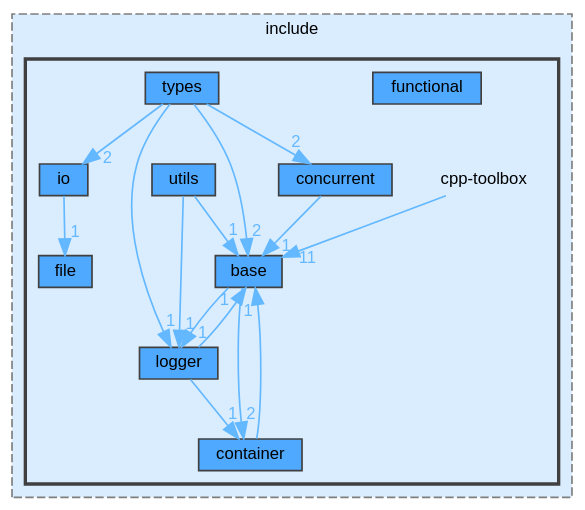
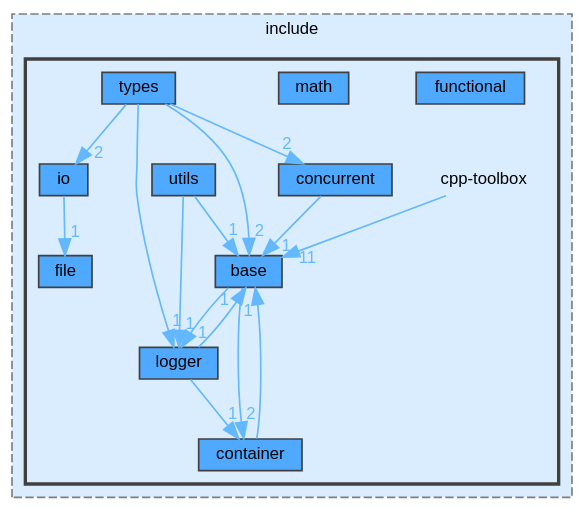
One commit to nerdneilsfield/cpp-toolbox changed the diagram in dir_09c6140c2956544491238e129f11fd9f_dep.dot. Above: the diagram before and after it, drawn with Graphviz. The commit also changed 32 other files, not shown here.

```diff
--- a/dir_09c6140c2956544491238e129f11fd9f_dep.dot
+++ b/dir_09c6140c2956544491238e129f11fd9f_dep.dot
@@ -1,38 +1,39 @@
 digraph "src/include/cpp-toolbox"
 {
  // LATEX_PDF_SIZE
   bgcolor="transparent";
   edge [fontname=Helvetica,fontsize=10,labelfontname=Helvetica,labelfontsize=10];
   node [fontname=Helvetica,fontsize=10,shape=box,height=0.2,width=0.4];
   compound=true
   subgraph clusterdir_b0856f6b0d80ccb263b2f415c91f9e17 {
     graph [ bgcolor="#daedff", pencolor="grey50", label="include", fontname=Helvetica,fontsize=10 style="filled,dashed", URL="dir_b0856f6b0d80ccb263b2f415c91f9e17.html",tooltip=""]
   subgraph clusterdir_09c6140c2956544491238e129f11fd9f {
     graph [ bgcolor="#daedff", pencolor="grey25", label="", fontname=Helvetica,fontsize=10 style="filled,bold", URL="dir_09c6140c2956544491238e129f11fd9f.html",tooltip=""]
     dir_09c6140c2956544491238e129f11fd9f [shape=plaintext, label="cpp-toolbox"];
   dir_175064ea02679cf4c3a50b5407502295 [label="base", fillcolor="#4ea9ff", color="grey25", style="filled", URL="dir_175064ea02679cf4c3a50b5407502295.html",tooltip=""];
   dir_53097c1fb4416aacf03fa23589a54650 [label="concurrent", fillcolor="#4ea9ff", color="grey25", style="filled", URL="dir_53097c1fb4416aacf03fa23589a54650.html",tooltip=""];
   dir_5e35b7373085dba8dab58644e4548795 [label="container", fillcolor="#4ea9ff", color="grey25", style="filled", URL="dir_5e35b7373085dba8dab58644e4548795.html",tooltip=""];
   dir_b5aa90370c16f0962bf4137c01c04103 [label="file", fillcolor="#4ea9ff", color="grey25", style="filled", URL="dir_b5aa90370c16f0962bf4137c01c04103.html",tooltip=""];
   dir_42d4fada0fd69cb4cfebc8e2df038324 [label="functional", fillcolor="#4ea9ff", color="grey25", style="filled", URL="dir_42d4fada0fd69cb4cfebc8e2df038324.html",tooltip=""];
   dir_0525589dda1abc1cfa65fd0da343267e [label="io", fillcolor="#4ea9ff", color="grey25", style="filled", URL="dir_0525589dda1abc1cfa65fd0da343267e.html",tooltip=""];
   dir_40d9b6a4c321e73b85093107dc465522 [label="logger", fillcolor="#4ea9ff", color="grey25", style="filled", URL="dir_40d9b6a4c321e73b85093107dc465522.html",tooltip=""];
+  dir_456e3efa1700f2e372aa6b9f2b6f70ca [label="math", fillcolor="#4ea9ff", color="grey25", style="filled", URL="dir_456e3efa1700f2e372aa6b9f2b6f70ca.html",tooltip=""];
   dir_d073c017754f5bdb7e8e1de8ad13b99a [label="types", fillcolor="#4ea9ff", color="grey25", style="filled", URL="dir_d073c017754f5bdb7e8e1de8ad13b99a.html",tooltip=""];
   dir_f67a023f401e335084376ee616e38b67 [label="utils", fillcolor="#4ea9ff", color="grey25", style="filled", URL="dir_f67a023f401e335084376ee616e38b67.html",tooltip=""];
   }
   }
   dir_09c6140c2956544491238e129f11fd9f->dir_175064ea02679cf4c3a50b5407502295 [headlabel="11", labeldistance=1.5 headhref="dir_000003_000000.html" href="dir_000003_000000.html" color="steelblue1" fontcolor="steelblue1"];
   dir_175064ea02679cf4c3a50b5407502295->dir_40d9b6a4c321e73b85093107dc465522 [headlabel="1", labeldistance=1.5 headhref="dir_000000_000014.html" href="dir_000000_000014.html" color="steelblue1" fontcolor="steelblue1"];
   dir_175064ea02679cf4c3a50b5407502295->dir_5e35b7373085dba8dab58644e4548795 [headlabel="2", labeldistance=1.5 headhref="dir_000000_000002.html" href="dir_000000_000002.html" color="steelblue1" fontcolor="steelblue1"];
   dir_53097c1fb4416aacf03fa23589a54650->dir_175064ea02679cf4c3a50b5407502295 [headlabel="1", labeldistance=1.5 headhref="dir_000001_000000.html" href="dir_000001_000000.html" color="steelblue1" fontcolor="steelblue1"];
   dir_5e35b7373085dba8dab58644e4548795->dir_175064ea02679cf4c3a50b5407502295 [headlabel="1", labeldistance=1.5 headhref="dir_000002_000000.html" href="dir_000002_000000.html" color="steelblue1" fontcolor="steelblue1"];
   dir_0525589dda1abc1cfa65fd0da343267e->dir_b5aa90370c16f0962bf4137c01c04103 [headlabel="1", labeldistance=1.5 headhref="dir_000013_000006.html" href="dir_000013_000006.html" color="steelblue1" fontcolor="steelblue1"];
   dir_40d9b6a4c321e73b85093107dc465522->dir_175064ea02679cf4c3a50b5407502295 [headlabel="1", labeldistance=1.5 headhref="dir_000014_000000.html" href="dir_000014_000000.html" color="steelblue1" fontcolor="steelblue1"];
   dir_40d9b6a4c321e73b85093107dc465522->dir_5e35b7373085dba8dab58644e4548795 [headlabel="1", labeldistance=1.5 headhref="dir_000014_000002.html" href="dir_000014_000002.html" color="steelblue1" fontcolor="steelblue1"];
-  dir_d073c017754f5bdb7e8e1de8ad13b99a->dir_0525589dda1abc1cfa65fd0da343267e [headlabel="2", labeldistance=1.5 headhref="dir_000018_000013.html" href="dir_000018_000013.html" color="steelblue1" fontcolor="steelblue1"];
-  dir_d073c017754f5bdb7e8e1de8ad13b99a->dir_175064ea02679cf4c3a50b5407502295 [headlabel="2", labeldistance=1.5 headhref="dir_000018_000000.html" href="dir_000018_000000.html" color="steelblue1" fontcolor="steelblue1"];
-  dir_d073c017754f5bdb7e8e1de8ad13b99a->dir_40d9b6a4c321e73b85093107dc465522 [headlabel="1", labeldistance=1.5 headhref="dir_000018_000014.html" href="dir_000018_000014.html" color="steelblue1" fontcolor="steelblue1"];
-  dir_d073c017754f5bdb7e8e1de8ad13b99a->dir_53097c1fb4416aacf03fa23589a54650 [headlabel="2", labeldistance=1.5 headhref="dir_000018_000001.html" href="dir_000018_000001.html" color="steelblue1" fontcolor="steelblue1"];
-  dir_f67a023f401e335084376ee616e38b67->dir_175064ea02679cf4c3a50b5407502295 [headlabel="1", labeldistance=1.5 headhref="dir_000019_000000.html" href="dir_000019_000000.html" color="steelblue1" fontcolor="steelblue1"];
-  dir_f67a023f401e335084376ee616e38b67->dir_40d9b6a4c321e73b85093107dc465522 [headlabel="1", labeldistance=1.5 headhref="dir_000019_000014.html" href="dir_000019_000014.html" color="steelblue1" fontcolor="steelblue1"];
+  dir_d073c017754f5bdb7e8e1de8ad13b99a->dir_0525589dda1abc1cfa65fd0da343267e [headlabel="2", labeldistance=1.5 headhref="dir_000019_000013.html" href="dir_000019_000013.html" color="steelblue1" fontcolor="steelblue1"];
+  dir_d073c017754f5bdb7e8e1de8ad13b99a->dir_175064ea02679cf4c3a50b5407502295 [headlabel="2", labeldistance=1.5 headhref="dir_000019_000000.html" href="dir_000019_000000.html" color="steelblue1" fontcolor="steelblue1"];
+  dir_d073c017754f5bdb7e8e1de8ad13b99a->dir_40d9b6a4c321e73b85093107dc465522 [headlabel="1", labeldistance=1.5 headhref="dir_000019_000014.html" href="dir_000019_000014.html" color="steelblue1" fontcolor="steelblue1"];
+  dir_d073c017754f5bdb7e8e1de8ad13b99a->dir_53097c1fb4416aacf03fa23589a54650 [headlabel="2", labeldistance=1.5 headhref="dir_000019_000001.html" href="dir_000019_000001.html" color="steelblue1" fontcolor="steelblue1"];
+  dir_f67a023f401e335084376ee616e38b67->dir_175064ea02679cf4c3a50b5407502295 [headlabel="1", labeldistance=1.5 headhref="dir_000020_000000.html" href="dir_000020_000000.html" color="steelblue1" fontcolor="steelblue1"];
+  dir_f67a023f401e335084376ee616e38b67->dir_40d9b6a4c321e73b85093107dc465522 [headlabel="1", labeldistance=1.5 headhref="dir_000020_000014.html" href="dir_000020_000014.html" color="steelblue1" fontcolor="steelblue1"];
 }
```
